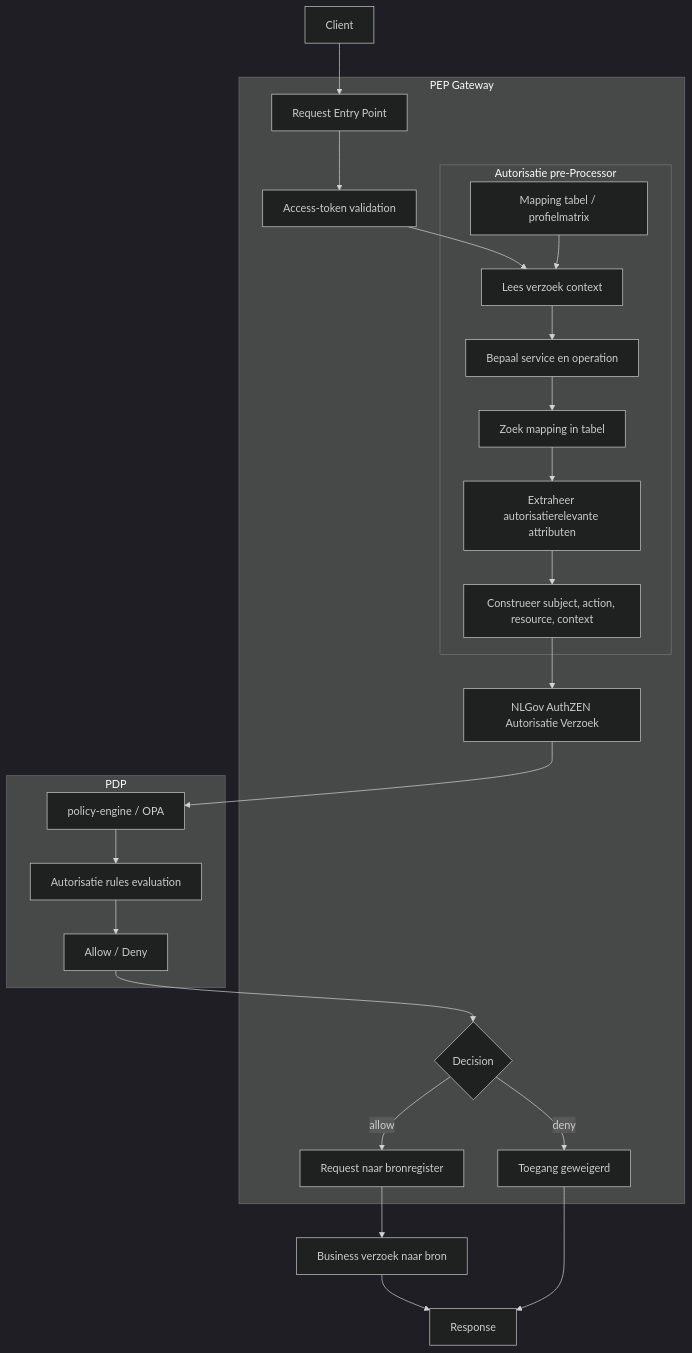
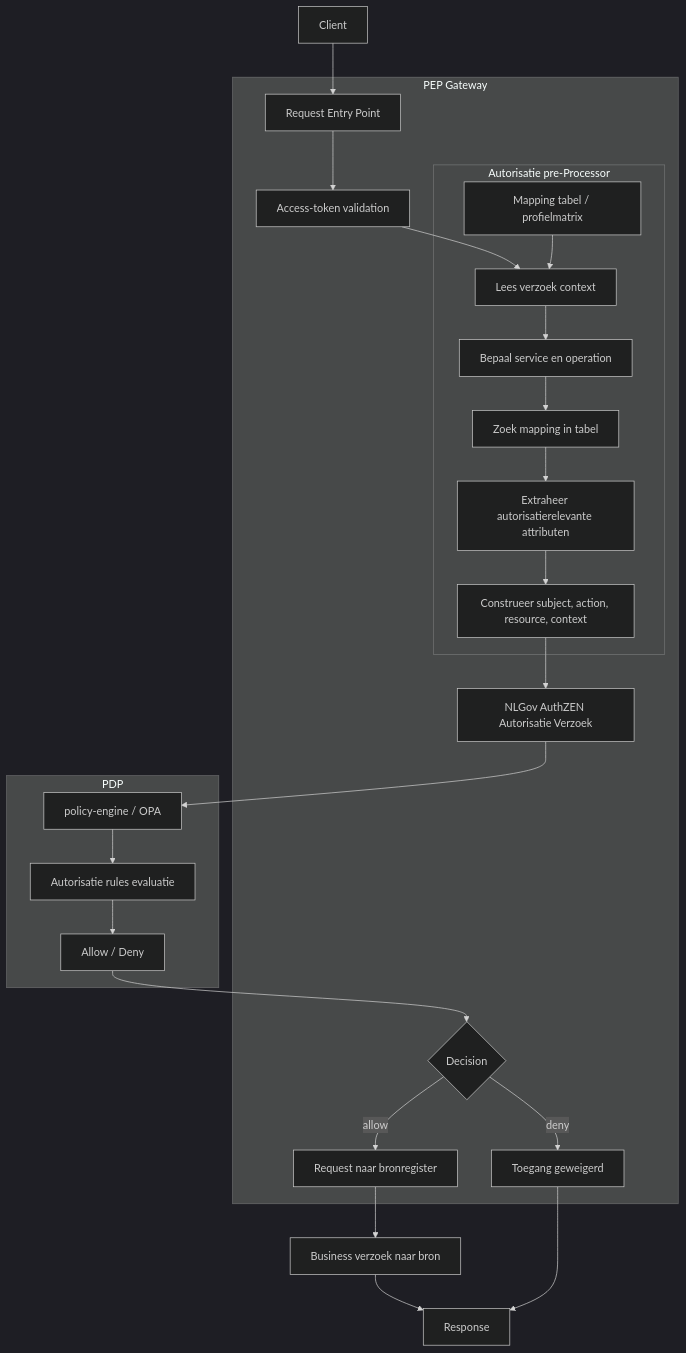
Before and after one commit to iStandaarden/iWlz-RequestForComment: the third of 3 diagrams in RFC/RFC0052 - Autorisatie standaardisatie.md, drawn with Mermaid (dark theme).

Commit message:
nederlands

````diff
--- a/RFC/RFC0052 - Autorisatie standaardisatie.md
+++ b/RFC/RFC0052 - Autorisatie standaardisatie.md
@@ -167,42 +167,42 @@
 ```mermaid
 
 flowchart TD
     A[Client]
     subgraph B[PEP Gateway]
         C[Request Entry Point]
         C --> C1[Access-token validation]
         subgraph P[Autorisatie pre-Processor]
             D[Lees verzoek context]
             D --> D2[Bepaal service en operation]
             D2 --> D3[Zoek mapping in tabel]
             D3 --> D4[Extraheer autorisatierelevante attributen]
             D4 --> D5[Construeer subject, action, resource, context]
             T[Mapping tabel / profielmatrix]
         end
 
         D5 --> G[NLGov AuthZEN Autorisatie Verzoek]
         K
         E[Request naar bronregister]
         T[Mapping tabel / profielmatrix]
     K -->|deny| L[Toegang geweigerd]
     end
 
     A --> C
     C1 --> D
     T --> D
 
 
 
     subgraph O[PDP]
     G --> H[policy-engine / OPA]
-    H --> I[Autorisatie rules evaluation]
+    H --> I[Autorisatie rules evaluatie]
     I --> J[Allow / Deny]
     end
 
     J --> K{Decision}
     K -->|allow| E
 
     E --> M[Business verzoek naar bron]
     M --> N[Response]
     L --> N
 ```
````
